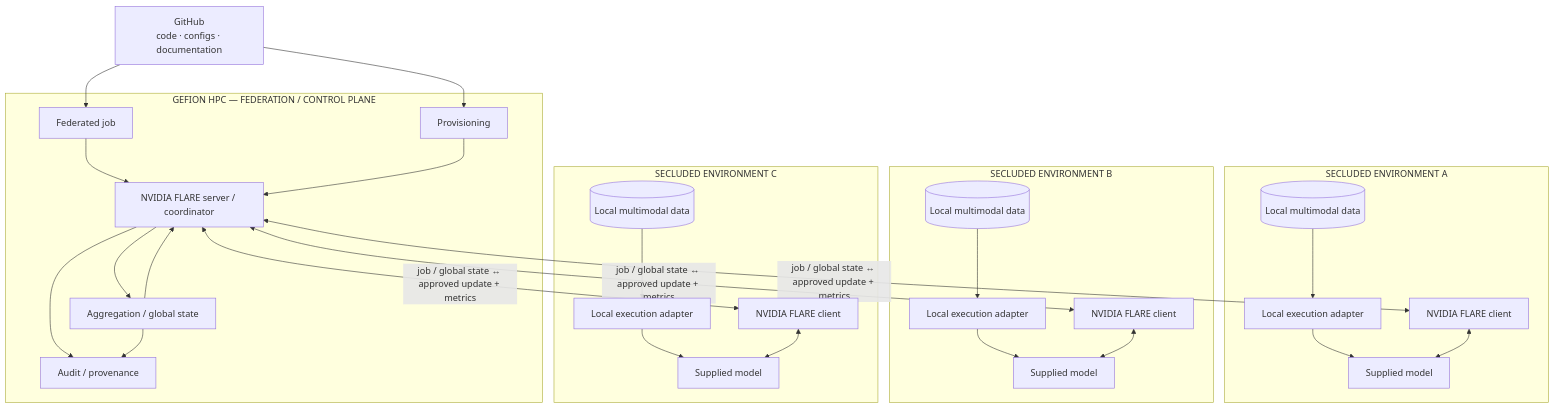
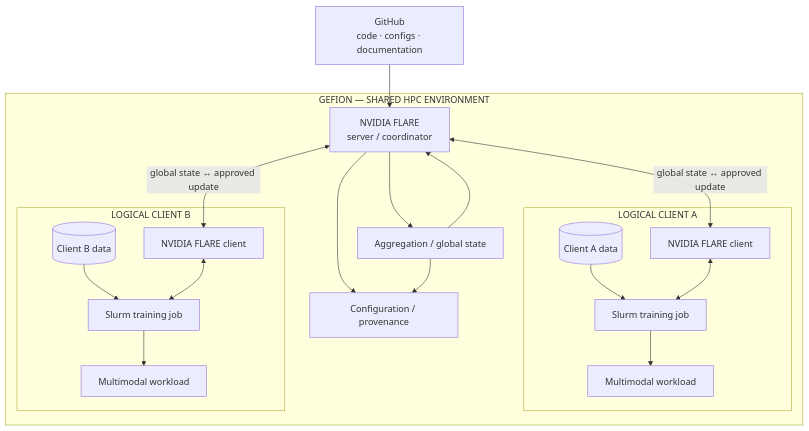
One commit to collaborativebioinformatics/Internal_federation_supercomputing_environment changed the first of 3 diagrams in README.md. Above: the diagram before and after it, drawn with Mermaid. The commit also changed other lines of this file, not shown here.

````diff
--- a/README.md
+++ b/README.md
@@ -139,53 +154,41 @@
 ```mermaid
 flowchart TB
     REPO["GitHub<br/>code · configs · documentation"]
 
-    subgraph GEFION["GEFION HPC — FEDERATION / CONTROL PLANE"]
-        JOB["Federated job"]
-        SERVER["NVIDIA FLARE server / coordinator"]
+    subgraph GEFION["GEFION — SHARED HPC ENVIRONMENT"]
+        SERVER["NVIDIA FLARE<br/>server / coordinator"]
         AGG["Aggregation / global state"]
-        PROV["Provisioning"]
-        AUDIT["Audit / provenance"]
+        PROV["Configuration / provenance"]
 
-        JOB --> SERVER
-        PROV --> SERVER
+        subgraph A["LOGICAL CLIENT A"]
+            AC["NVIDIA FLARE client"]
+            AD[("Client A data")]
+            AS["Slurm training job"]
+            AM["Multimodal workload"]
+
+            AD --> AS
+            AS --> AM
+            AC <--> AS
+        end
+
+        subgraph B["LOGICAL CLIENT B"]
+            BC["NVIDIA FLARE client"]
+            BD[("Client B data")]
+            BS["Slurm training job"]
+            BM["Multimodal workload"]
+
+            BD --> BS
+            BS --> BM
+            BC <--> BS
+        end
+
+        SERVER <-->|"global state ↔ approved update"| AC
+        SERVER <-->|"global state ↔ approved update"| BC
         SERVER --> AGG
         AGG --> SERVER
-        SERVER --> AUDIT
-        AGG --> AUDIT
+        SERVER --> PROV
+        AGG --> PROV
     end
 
-    REPO --> JOB
-    REPO --> PROV
-
-    subgraph A["SECLUDED ENVIRONMENT A"]
-        AC["NVIDIA FLARE client"]
-        AA["Local execution adapter"]
-        AM["Supplied model"]
-        AD[("Local multimodal data")]
-        AD --> AA --> AM
-        AC <--> AM
-    end
-
-    subgraph B["SECLUDED ENVIRONMENT B"]
-        BC["NVIDIA FLARE client"]
-        BA["Local execution adapter"]
-        BM["Supplied model"]
-        BD[("Local multimodal data")]
-        BD --> BA --> BM
-        BC <--> BM
-    end
-
-    subgraph C["SECLUDED ENVIRONMENT C"]
-        CC["NVIDIA FLARE client"]
-        CA["Local execution adapter"]
-        CM["Supplied model"]
-        CD[("Local multimodal data")]
-        CD --> CA --> CM
-        CC <--> CM
-    end
-
-    SERVER <-->|"job / global state ↔ approved update + metrics"| AC
-    SERVER <-->|"job / global state ↔ approved update + metrics"| BC
-    SERVER <-->|"job / global state ↔ approved update + metrics"| CC
+    REPO --> SERVER
 ```
````
